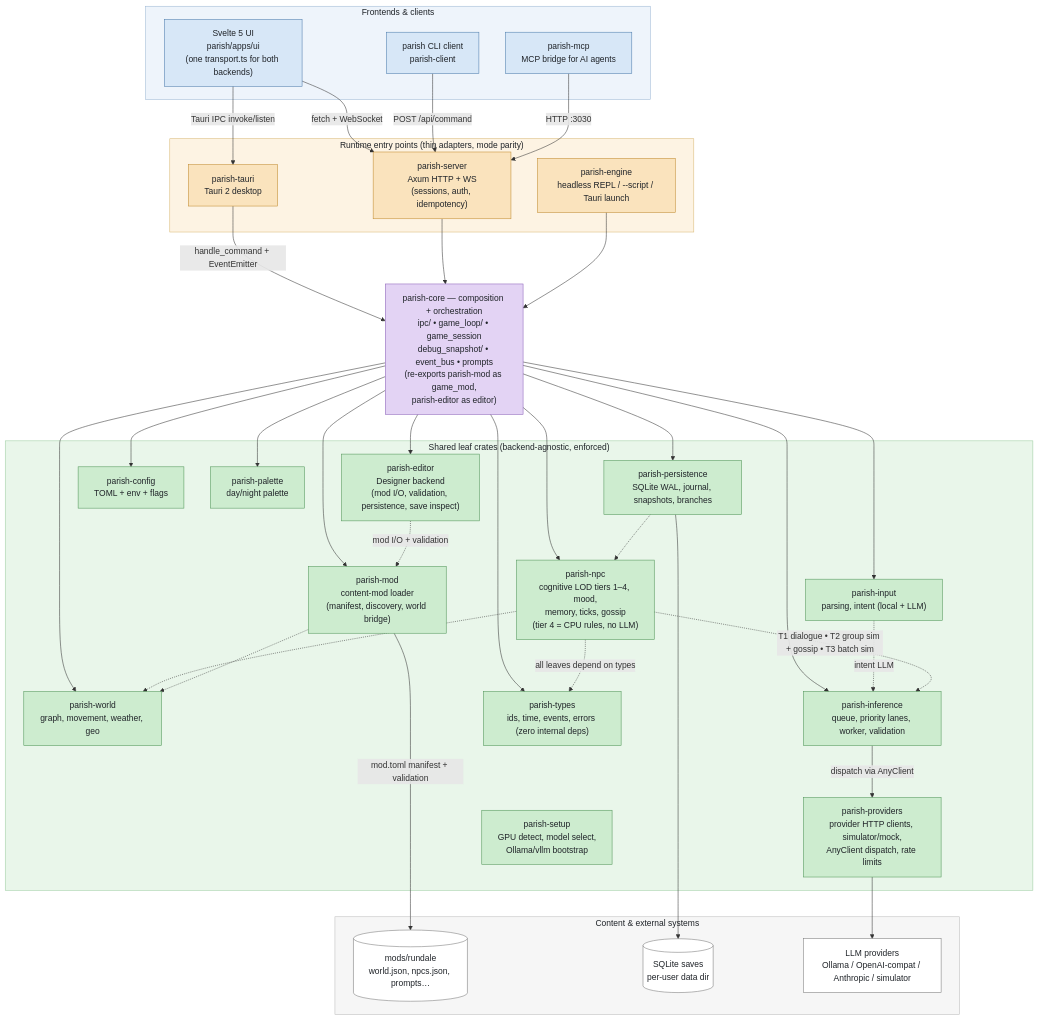
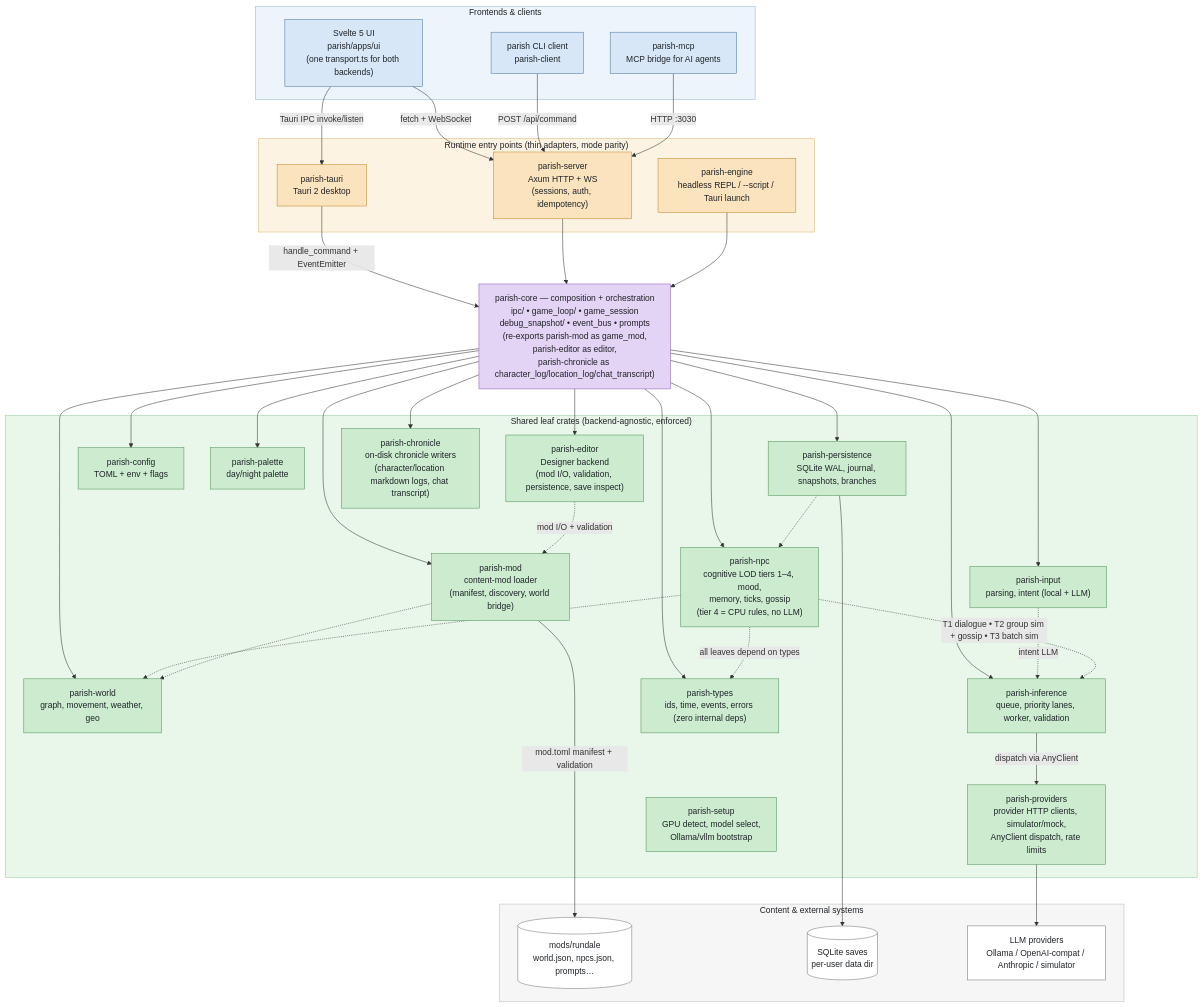
Before and after one commit to dmooney/Rundale: the second of 2 diagrams in README.md, drawn with Mermaid. The commit also changed other lines of this file and 16 other files, not shown here.

First line of the commit message:
refactor(core): extract chronicle writers into parish-chronicle crate (#1411)

````diff
--- a/README.md
+++ b/README.md
@@ -286,75 +286,76 @@
 ```mermaid
 flowchart TB
     subgraph clients["Frontends & clients"]
         UI["Svelte 5 UI<br/>parish/apps/ui<br/>(one transport.ts for both backends)"]
         CLI["parish CLI client<br/>parish-client"]
         MCP["parish-mcp<br/>MCP bridge for AI agents"]
     end
 
     subgraph entry["Runtime entry points (thin adapters, mode parity)"]
         TAURI["parish-tauri<br/>Tauri 2 desktop"]
         SERVER["parish-server<br/>Axum HTTP + WS<br/>(sessions, auth, idempotency)"]
         ENGINE["parish-engine<br/>headless REPL / --script / Tauri launch"]
     end
 
-    CORE["parish-core — composition + orchestration<br/>ipc/ • game_loop/ • game_session<br/>debug_snapshot/ • event_bus • prompts<br/>(re-exports parish-mod as game_mod,<br/>parish-editor as editor)"]
+    CORE["parish-core — composition + orchestration<br/>ipc/ • game_loop/ • game_session<br/>debug_snapshot/ • event_bus • prompts<br/>(re-exports parish-mod as game_mod,<br/>parish-editor as editor,<br/>parish-chronicle as character_log/location_log/chat_transcript)"]
 
     subgraph leaf["Shared leaf crates (backend-agnostic, enforced)"]
         WORLD["parish-world<br/>graph, movement, weather, geo"]
         NPC["parish-npc<br/>cognitive LOD tiers 1–4, mood,<br/>memory, ticks, gossip<br/>(tier 4 = CPU rules, no LLM)"]
         INPUT["parish-input<br/>parsing, intent (local + LLM)"]
         INFER["parish-inference<br/>queue, priority lanes, worker, validation"]
         PROVIDERS["parish-providers<br/>provider HTTP clients, simulator/mock,<br/>AnyClient dispatch, rate limits"]
         SETUP["parish-setup<br/>GPU detect, model select,<br/>Ollama/vllm bootstrap"]
         PERSIST["parish-persistence<br/>SQLite WAL, journal, snapshots, branches"]
         CONFIG["parish-config<br/>TOML + env + flags"]
         PALETTE["parish-palette<br/>day/night palette"]
         MOD["parish-mod<br/>content-mod loader<br/>(manifest, discovery, world bridge)"]
         EDITOR["parish-editor<br/>Designer backend<br/>(mod I/O, validation, persistence, save inspect)"]
+        CHRONICLE["parish-chronicle<br/>on-disk chronicle writers<br/>(character/location markdown logs, chat transcript)"]
         TYPES["parish-types<br/>ids, time, events, errors (zero internal deps)"]
     end
 
     subgraph external["Content & external systems"]
         MODS[("mods/rundale<br/>world.json, npcs.json, prompts…")]
         DB[("SQLite saves<br/>per-user data dir")]
         LLM["LLM providers<br/>Ollama / OpenAI-compat / Anthropic / simulator"]
     end
 
     UI -- "Tauri IPC invoke/listen" --> TAURI
     UI -- "fetch + WebSocket" --> SERVER
     CLI -- "POST /api/command" --> SERVER
     MCP -- "HTTP :3030" --> SERVER
 
     TAURI -- "handle_command + EventEmitter" --> CORE
     SERVER --> CORE
     ENGINE --> CORE
 
-    CORE --> WORLD & NPC & INPUT & INFER & PERSIST & CONFIG & PALETTE & MOD & EDITOR & TYPES
+    CORE --> WORLD & NPC & INPUT & INFER & PERSIST & CONFIG & PALETTE & MOD & EDITOR & CHRONICLE & TYPES
     INPUT -. "intent LLM" .-> INFER
     NPC -. "T1 dialogue • T2 group sim + gossip • T3 batch sim" .-> INFER
     NPC -.-> WORLD
     PERSIST -.-> NPC
     MOD -.-> WORLD
     EDITOR -. "mod I/O + validation" .-> MOD
     NPC -. "all leaves depend on types" .-> TYPES
 
     MOD -- "mod.toml manifest + validation" --> MODS
     PERSIST --> DB
     INFER -- "dispatch via AnyClient" --> PROVIDERS
     PROVIDERS --> LLM
 
     classDef clientNode fill:#d7e7f7,stroke:#4a7aab,color:#1f2328
     classDef entryNode fill:#fae3bd,stroke:#c08a2e,color:#1f2328
     classDef coreNode fill:#e3d3f4,stroke:#8a5fb8,color:#1f2328
     classDef leafNode fill:#cdeccf,stroke:#4f9457,color:#1f2328
     classDef extNode fill:#ffffff,stroke:#777777,color:#1f2328
     class UI,CLI,MCP clientNode
     class TAURI,SERVER,ENGINE entryNode
     class CORE coreNode
-    class WORLD,NPC,INPUT,INFER,PROVIDERS,SETUP,PERSIST,CONFIG,PALETTE,MOD,EDITOR,TYPES leafNode
+    class WORLD,NPC,INPUT,INFER,PROVIDERS,SETUP,PERSIST,CONFIG,PALETTE,MOD,EDITOR,CHRONICLE,TYPES leafNode
     class MODS,DB,LLM extNode
     style clients fill:#eef4fb,stroke:#9db8d4,color:#1f2328
     style entry fill:#fdf3e3,stroke:#d8b873,color:#1f2328
     style leaf fill:#e9f6ea,stroke:#9ccca0,color:#1f2328
     style external fill:#f6f6f6,stroke:#bbbbbb,color:#1f2328
 ```
````
